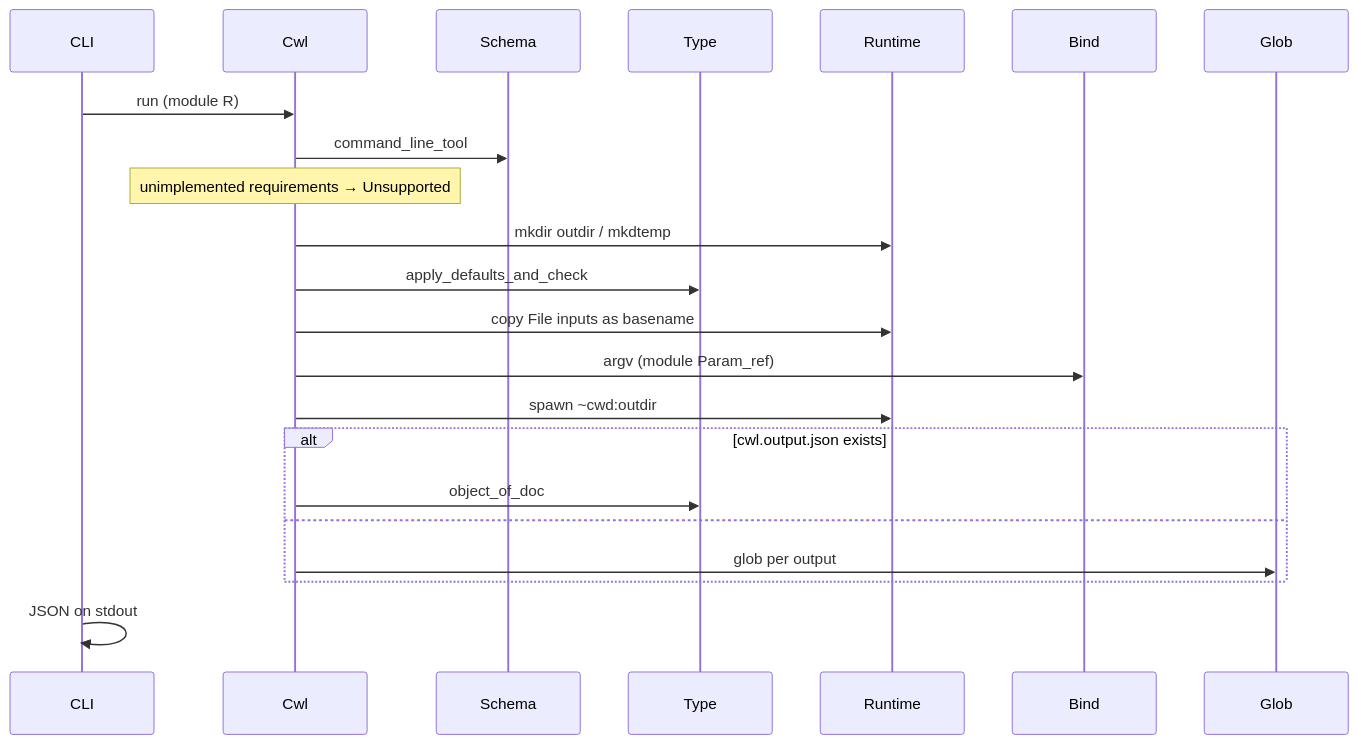
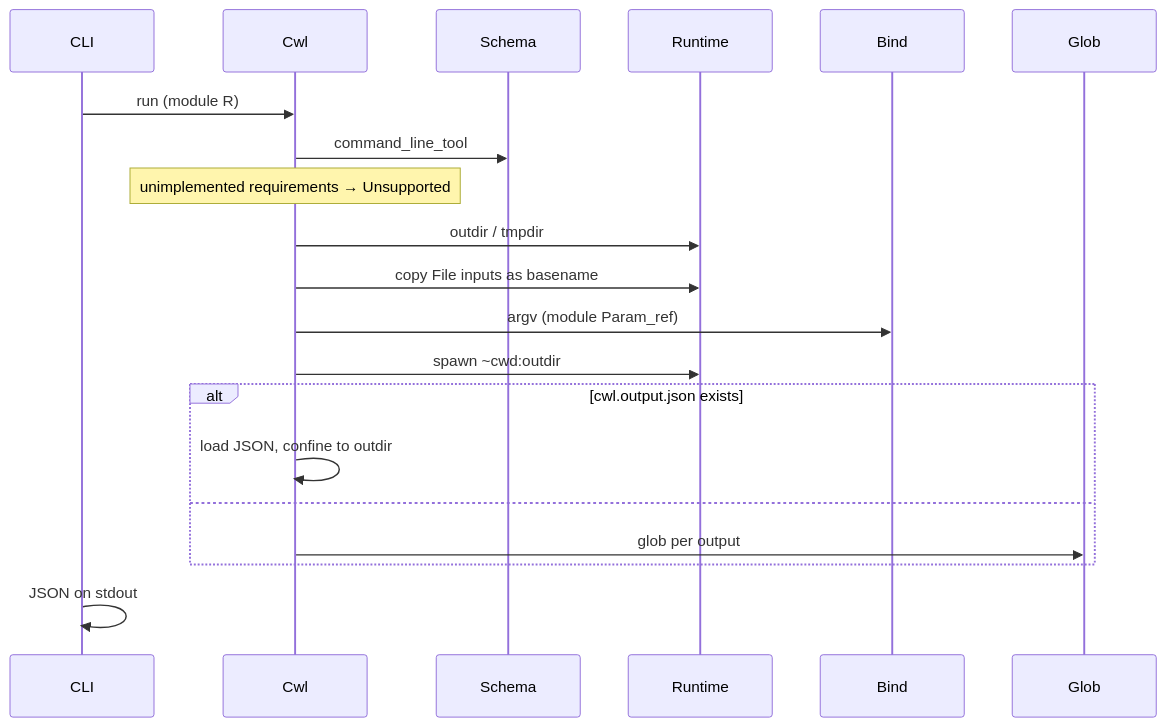
One commit to vjaganat90/caml-cwl-runner changed the second of 2 diagrams in design_docs/runner.md. Above: the diagram before and after it, drawn with Mermaid. The commit also changed other lines of this file and 1 other file, not shown here.

````diff
--- a/design_docs/runner.md
+++ b/design_docs/runner.md
@@ -541,24 +100,22 @@
 ```mermaid
 sequenceDiagram
   participant CLI
   participant Cwl
   participant Schema
-  participant Type
   participant Runtime
   participant Bind
   participant Glob
   CLI->>Cwl: run (module R)
   Cwl->>Schema: command_line_tool
   Note over Cwl: unimplemented requirements → Unsupported
-  Cwl->>Runtime: mkdir outdir / mkdtemp
-  Cwl->>Type: apply_defaults_and_check
+  Cwl->>Runtime: outdir / tmpdir
   Cwl->>Runtime: copy File inputs as basename
   Cwl->>Bind: argv (module Param_ref)
   Cwl->>Runtime: spawn ~cwd:outdir
   alt cwl.output.json exists
-    Cwl->>Type: object_of_doc
+    Cwl->>Cwl: load JSON, confine to outdir
   else
     Cwl->>Glob: glob per output
   end
   CLI->>CLI: JSON on stdout
 ```
````
